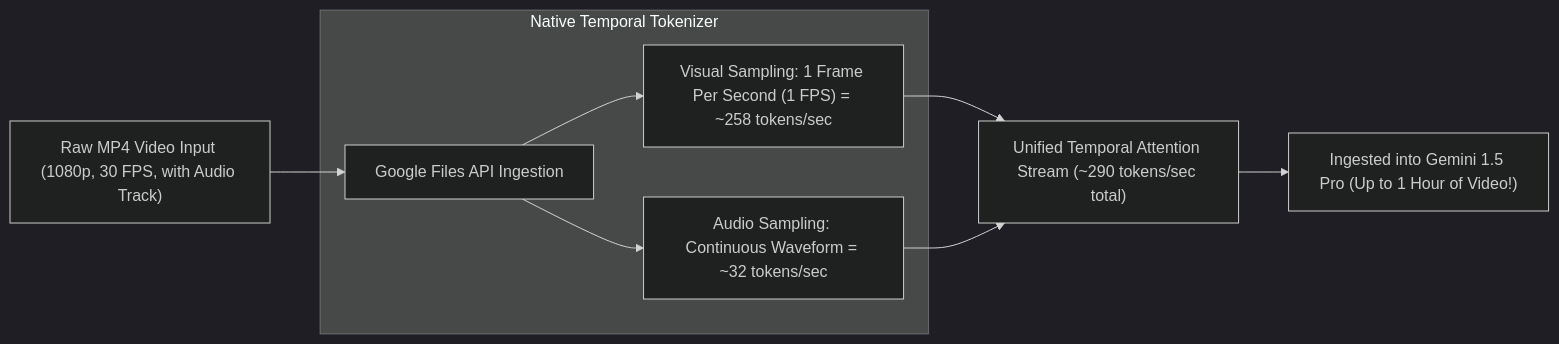
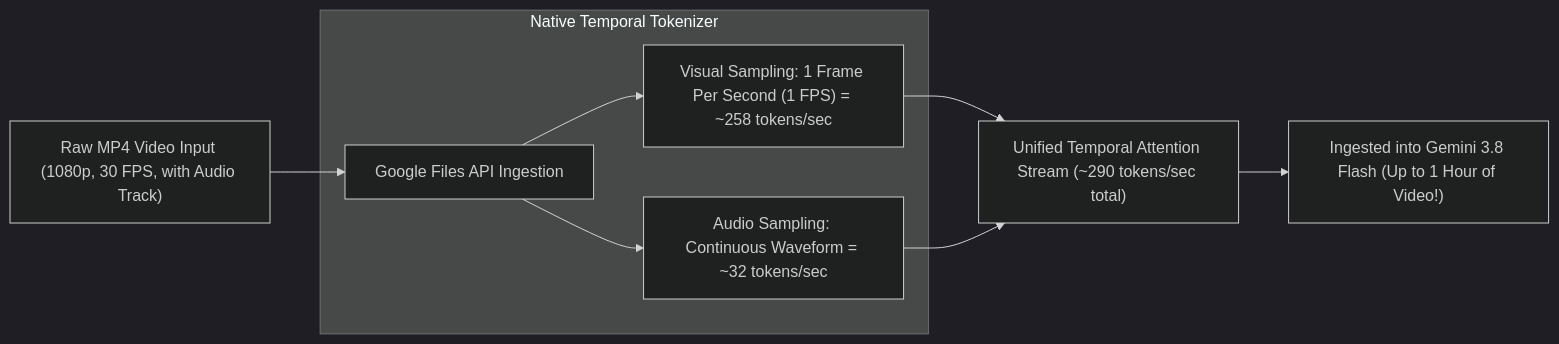
One commit to TheLearningHubOrg/learn-gemini changed the tenth of 17 diagrams in README.md. Above: the diagram before and after it, drawn with Mermaid (dark theme). The commit also changed other lines of this file, not shown here.

Commit message:
Update README to Gemini 3.x models and current SDK guidance

````diff
--- a/README.md
+++ b/README.md
@@ -573,12 +578,12 @@
 ```mermaid
 flowchart LR
     Video["Raw MP4 Video Input (1080p, 30 FPS, with Audio Track)"] --> Ingestion["Google Files API Ingestion"]
     
     subgraph SamplingEngine["Native Temporal Tokenizer"]
         Ingestion --> FrameSample["Visual Sampling: 1 Frame Per Second (1 FPS) = ~258 tokens/sec"]
         Ingestion --> AudioTrack["Audio Sampling: Continuous Waveform = ~32 tokens/sec"]
     end
     
     FrameSample & AudioTrack --> Unified["Unified Temporal Attention Stream (~290 tokens/sec total)"]
-    Unified --> Gemini2M["Ingested into Gemini 1.5 Pro (Up to 1 Hour of Video!)"]
+    Unified --> Gemini2M["Ingested into Gemini 3.8 Flash (Up to 1 Hour of Video!)"]
 ```
````
